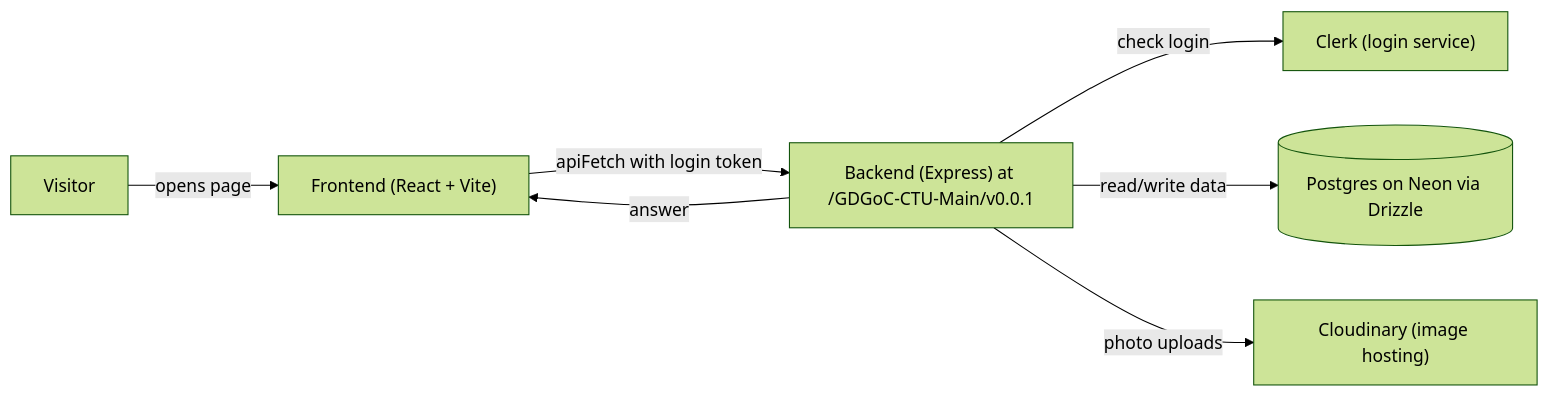
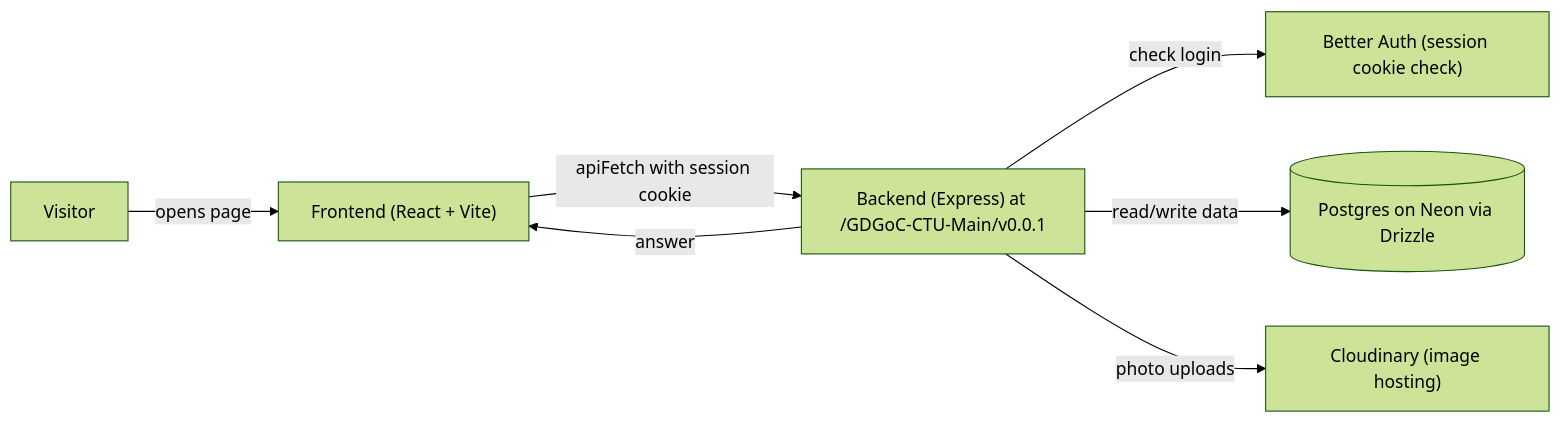
One commit to Google-Developer-Group-on-Campus-CTU/gdg-ctu-website changed the diagram in docs/ARCHITECTURE-OVERVIEW.md. Above: the diagram before and after it, drawn with Mermaid (forest theme). The commit also changed other lines of this file and 8 other files, not shown here.

````diff
--- a/docs/ARCHITECTURE-OVERVIEW.md
+++ b/docs/ARCHITECTURE-OVERVIEW.md
@@ -9,9 +9,9 @@
 ```mermaid
 flowchart LR
     Visitor -->|opens page| Frontend["Frontend (React + Vite)"]
-    Frontend -->|apiFetch with login token| Backend["Backend (Express) at /GDGoC-CTU-Main/v0.0.1"]
-    Backend -->|check login| Clerk["Clerk (login service)"]
+    Frontend -->|apiFetch with session cookie| Backend["Backend (Express) at /GDGoC-CTU-Main/v0.0.1"]
+    Backend -->|check login| BetterAuth["Better Auth (session cookie check)"]
     Backend -->|read/write data| DB[("Postgres on Neon via Drizzle")]
     Backend -->|photo uploads| Cloudinary["Cloudinary (image hosting)"]
     Backend -->|answer| Frontend
 ```
````
